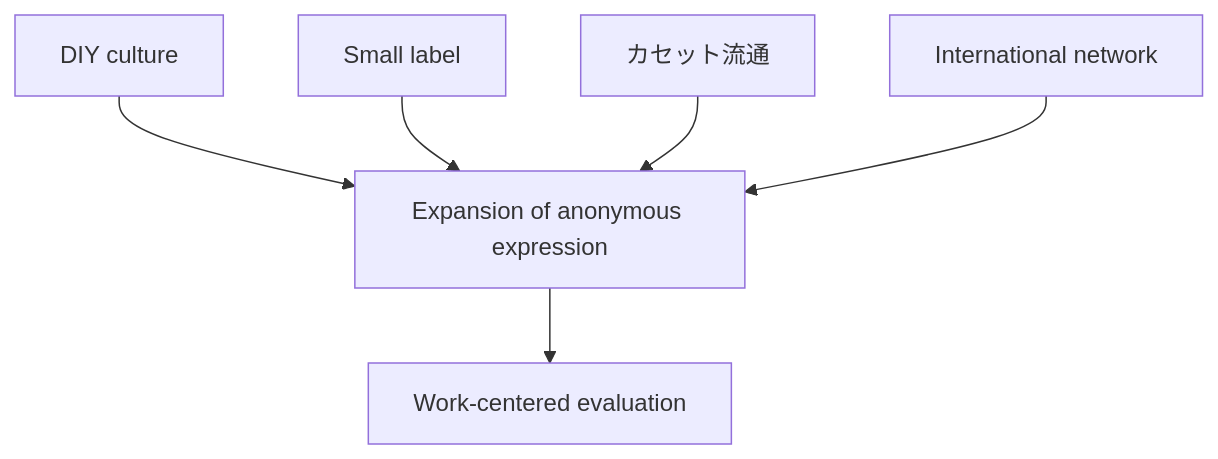
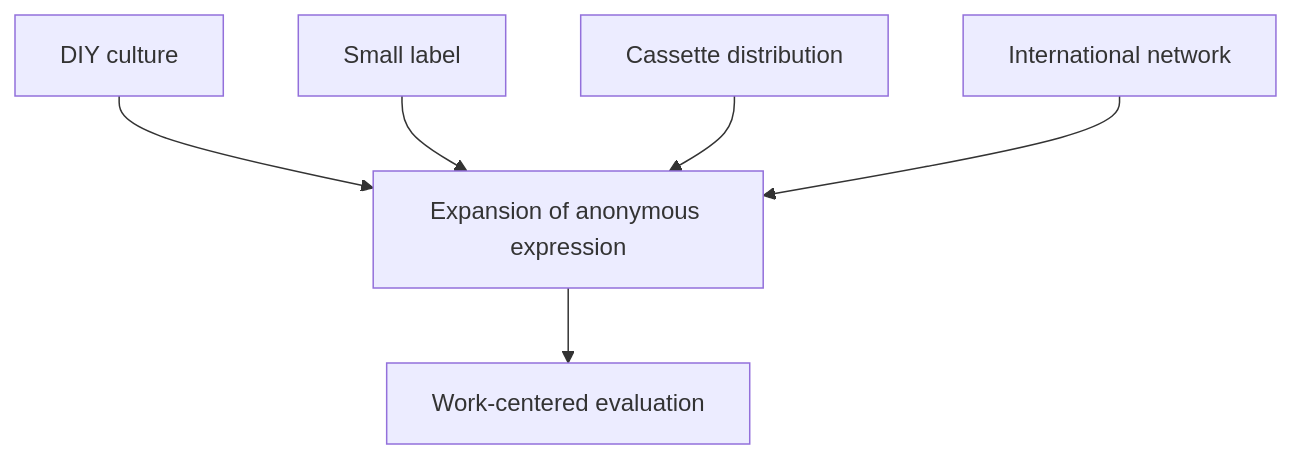
One commit to monumental-movement/monumental-movement.github.io changed the seventh of 9 diagrams in en/_posts/2026-07-07-column-angine-de-poitrine-caroliner-rubber-o-cement.md. Above: the diagram before and after it, drawn with Mermaid. The commit also changed other lines of this file and 851 other files, not shown here.

```diff
--- a/en/_posts/2026-07-07-column-angine-de-poitrine-caroliner-rubber-o-cement.md
+++ b/en/_posts/2026-07-07-column-angine-de-poitrine-caroliner-rubber-o-cement.md
@@ -760,16 +760,16 @@
 <div class="mermaid">
 flowchart TD
 
 A["DIY culture"]
 B["Small label"]
-C["カセット流通"]
+C["Cassette distribution"]
 D["International network"]
 
 A --> E["Expansion of anonymous expression"]
 B --> E
 C --> E
 D --> E
 
 E --> F["Work-centered evaluation"]
 
 </div>
```
